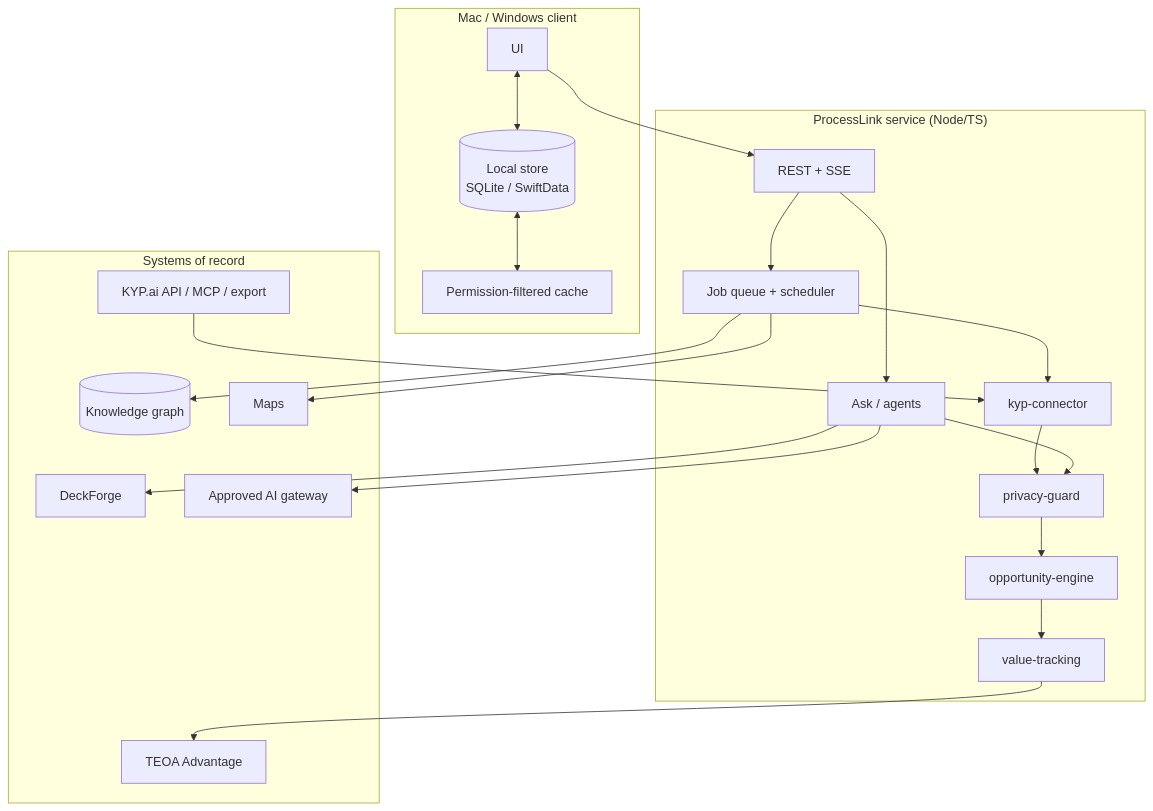
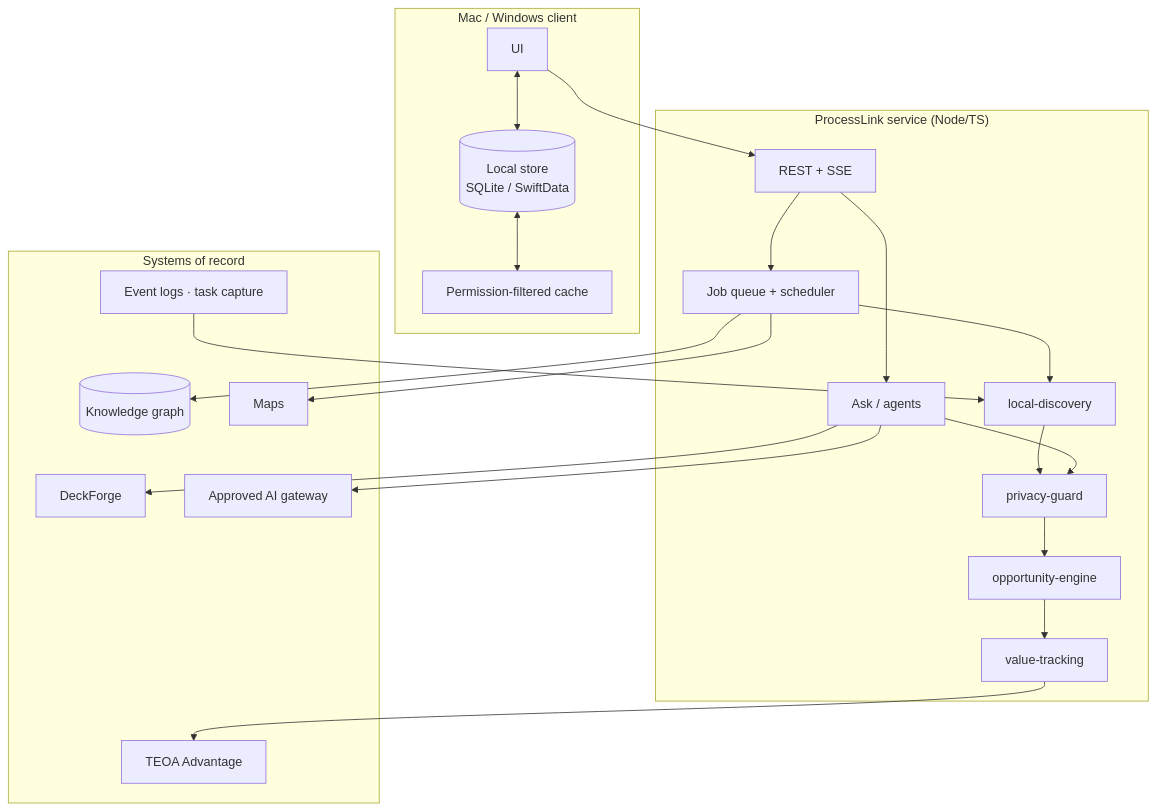
Before and after one commit to pallefar/ProcessLink: the diagram in docs/ARCHITECTURE.md, drawn with Mermaid. The commit also changed other lines of this file and 97 other files, not shown here.

Commit message:
Remove KYP dependency and ship in-house discovery only

````diff
--- a/docs/ARCHITECTURE.md
+++ b/docs/ARCHITECTURE.md
@@ -49,44 +50,44 @@
 ```mermaid
 flowchart TB
   subgraph Edge["Mac / Windows client"]
     UI[UI]
     LOCAL[(Local store<br/>SQLite / SwiftData)]
     CACHE[Permission-filtered cache]
     UI <--> LOCAL
     LOCAL <--> CACHE
   end
 
   subgraph Service["ProcessLink service (Node/TS)"]
     API[REST + SSE]
     Q[Job queue + scheduler]
-    SYNC[kyp-connector]
+    SYNC[local-discovery]
     OPP[opportunity-engine]
     VAL[value-tracking]
     ASK[Ask / agents]
     GUARD[privacy-guard]
   end
 
   subgraph Systems["Systems of record"]
-    KYP[KYP.ai API / MCP / export]
+    DISCOVERY[Event logs · task capture]
     KG[(Knowledge graph)]
     MAPS[Maps]
     TEOA[TEOA Advantage]
     DECK[DeckForge]
     AI[Approved AI gateway]
   end
 
   UI --> API
   API --> Q
   Q --> SYNC
   SYNC --> GUARD
   GUARD --> OPP
   OPP --> VAL
   API --> ASK
   ASK --> GUARD
   ASK --> AI
   Q --> KG
   Q --> MAPS
   VAL --> TEOA
   ASK --> DECK
-  KYP --> SYNC
+  DISCOVERY --> SYNC
 ```
````
